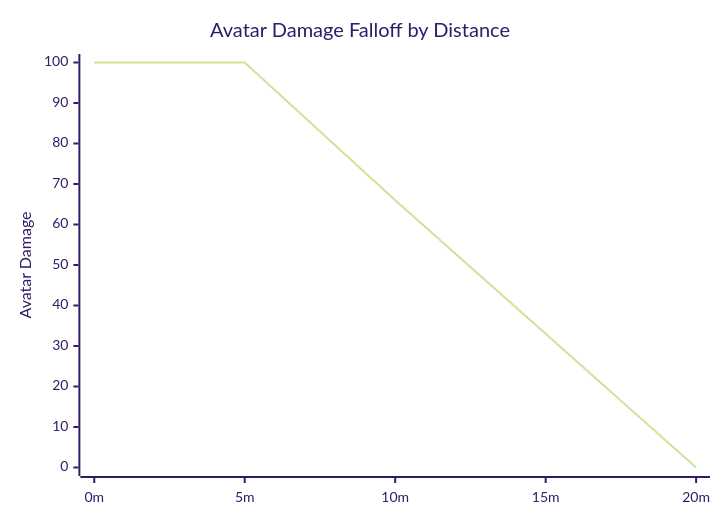
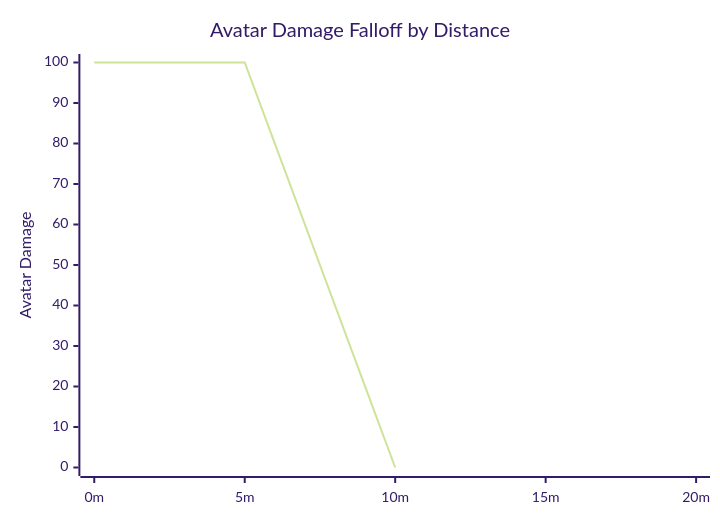
Before and after one commit to soapyf/Ashguard-Documents: the diagram in equipment/Layer 2/Flame Torrent.md, drawn with Mermaid (forest theme).

Commit message:
Update Avatar Damage Falloff chart for accuracy in Flame Torrent documentation

````diff
--- a/equipment/Layer 2/Flame Torrent.md
+++ b/equipment/Layer 2/Flame Torrent.md
@@ -42,7 +42,7 @@
 ```mermaid
 xychart-beta
     title "Avatar Damage Falloff by Distance"
     x-axis ["0m", "5m", "10m", "15m", "20m"]
     y-axis "Avatar Damage" 0 --> 100
-    line [100, 100, 66, 33, 0]
+    line [100, 100, 0]
 ```
````
